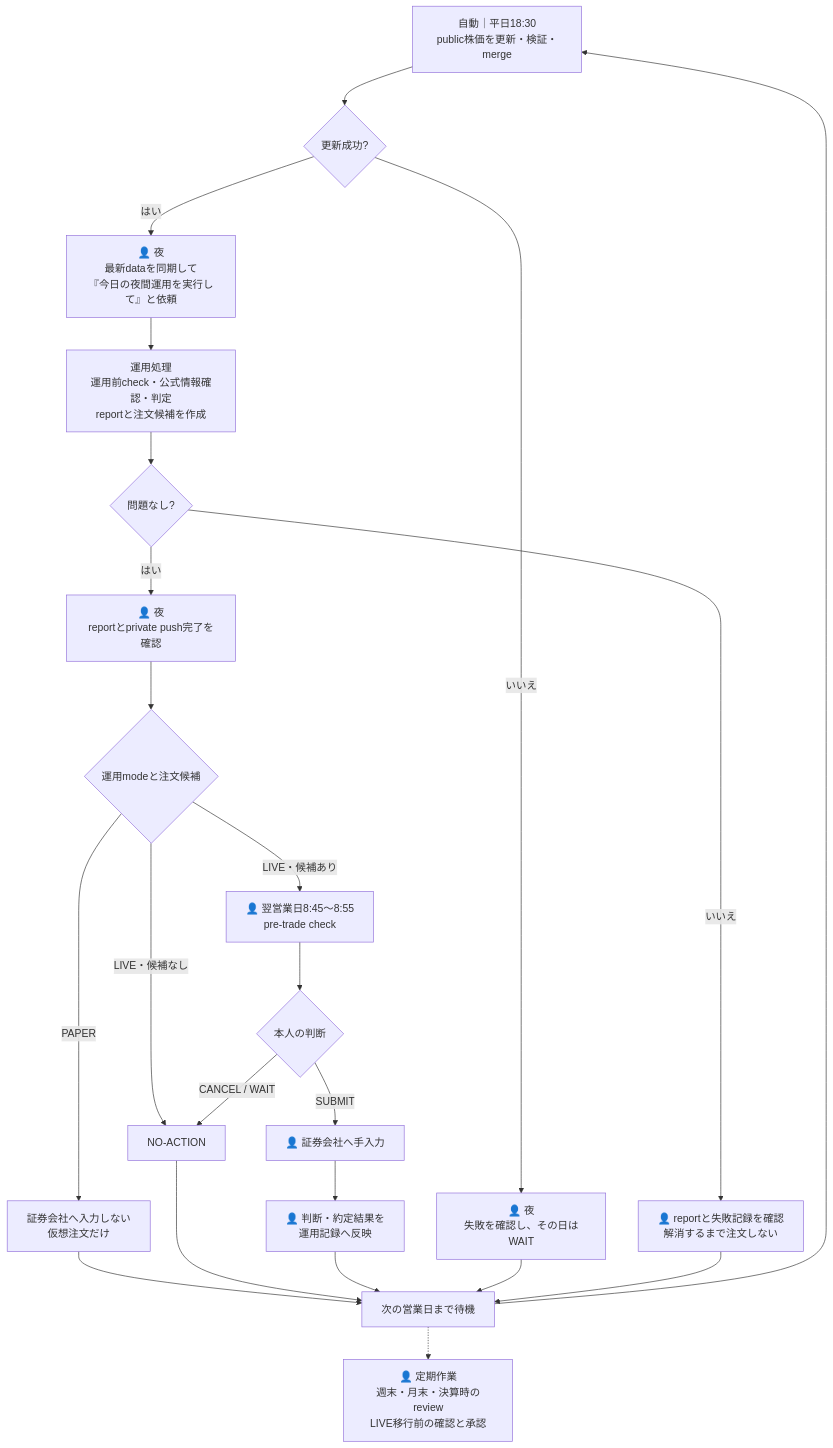
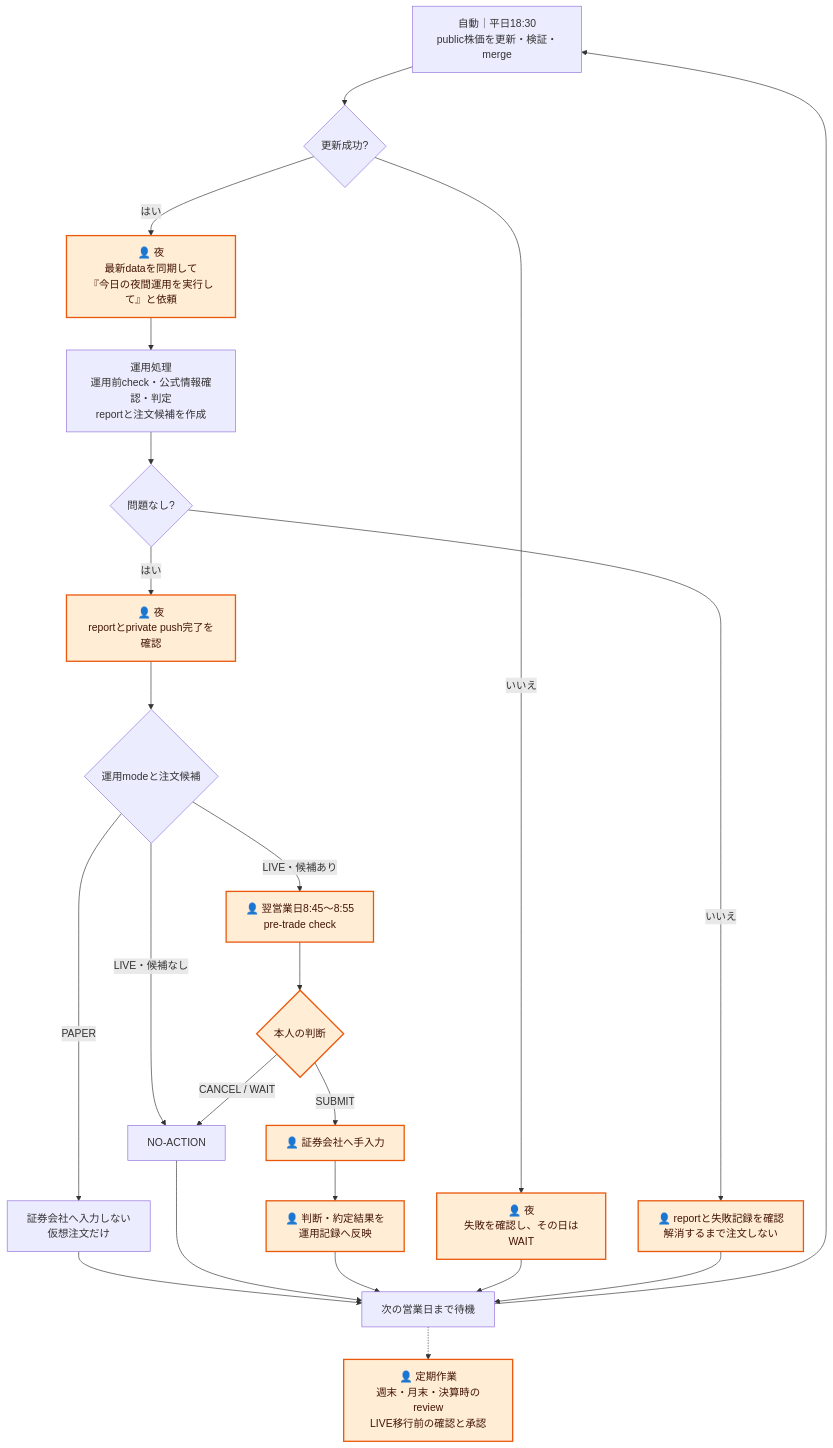
One commit to kkyosuke/stock.jp.private changed the diagram in README.md. Above: the diagram before and after it, drawn with Mermaid. The commit also changed other lines of this file, not shown here.

Commit message:
docs: highlight and tabulate human responsibilities

```diff
--- a/README.md
+++ b/README.md
@@ -53,25 +53,28 @@
 ~~~mermaid
 flowchart TD
     A["自動｜平日18:30<br/>public株価を更新・検証・merge"] --> B{"更新成功?"}
     B -->|"いいえ"| STOP["👤 夜<br/>失敗を確認し、その日はWAIT"]
     B -->|"はい"| C["👤 夜<br/>最新dataを同期して<br/>『今日の夜間運用を実行して』と依頼"]
     C --> D["運用処理<br/>運用前check・公式情報確認・判定<br/>reportと注文候補を作成"]
     D --> E{"問題なし?"}
     E -->|"いいえ"| WAIT["👤 reportと失敗記録を確認<br/>解消するまで注文しない"]
     E -->|"はい"| F["👤 夜<br/>reportとprivate push完了を確認"]
     F --> G{"運用modeと注文候補"}
     G -->|"PAPER"| P["証券会社へ入力しない<br/>仮想注文だけ"]
     G -->|"LIVE・候補なし"| Q["NO-ACTION"]
     G -->|"LIVE・候補あり"| H["👤 翌営業日8:45〜8:55<br/>pre-trade check"]
     H --> I{"本人の判断"}
     I -->|"SUBMIT"| J["👤 証券会社へ手入力"]
     I -->|"CANCEL / WAIT"| Q
     J --> K["👤 判断・約定結果を<br/>運用記録へ反映"]
     P --> L["次の営業日まで待機"]
     Q --> L
     K --> L
     STOP --> L
     WAIT --> L
     L --> A
     L -.-> M["👤 定期作業<br/>週末・月末・決算時のreview<br/>LIVE移行前の確認と承認"]
+
+    classDef human fill:#ffedd5,stroke:#ea580c,stroke-width:2px,color:#431407
+    class STOP,C,WAIT,F,H,I,J,K,M human
 ~~~
```
